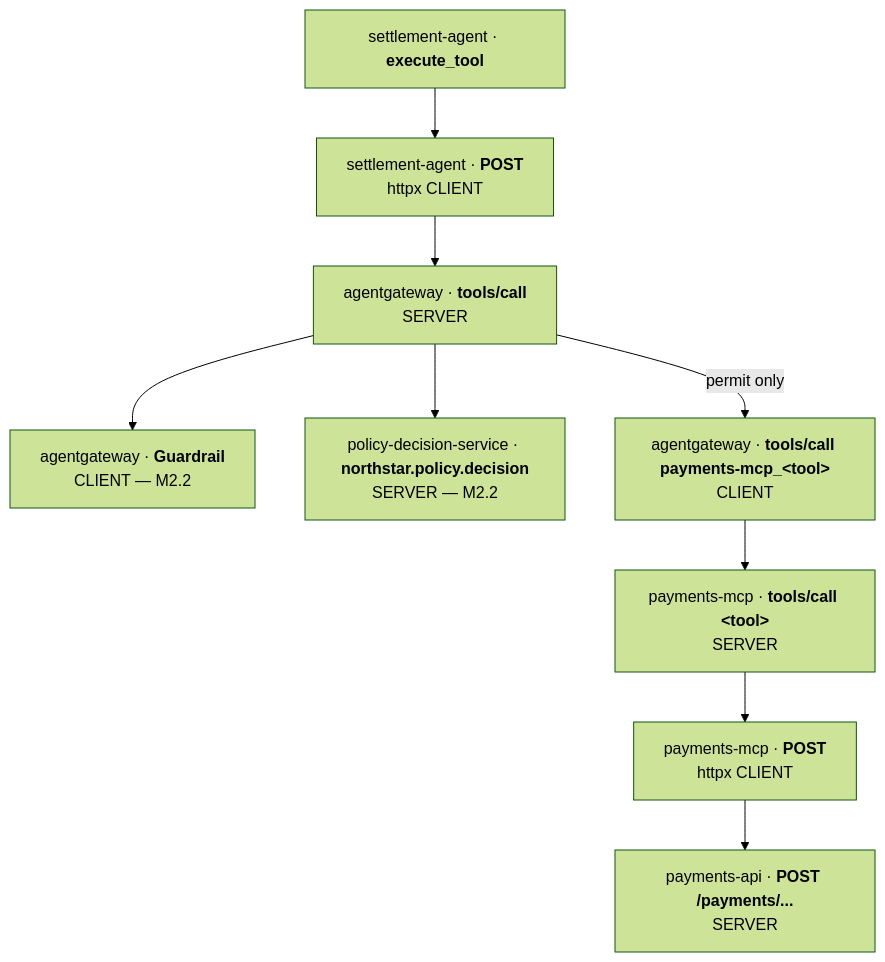
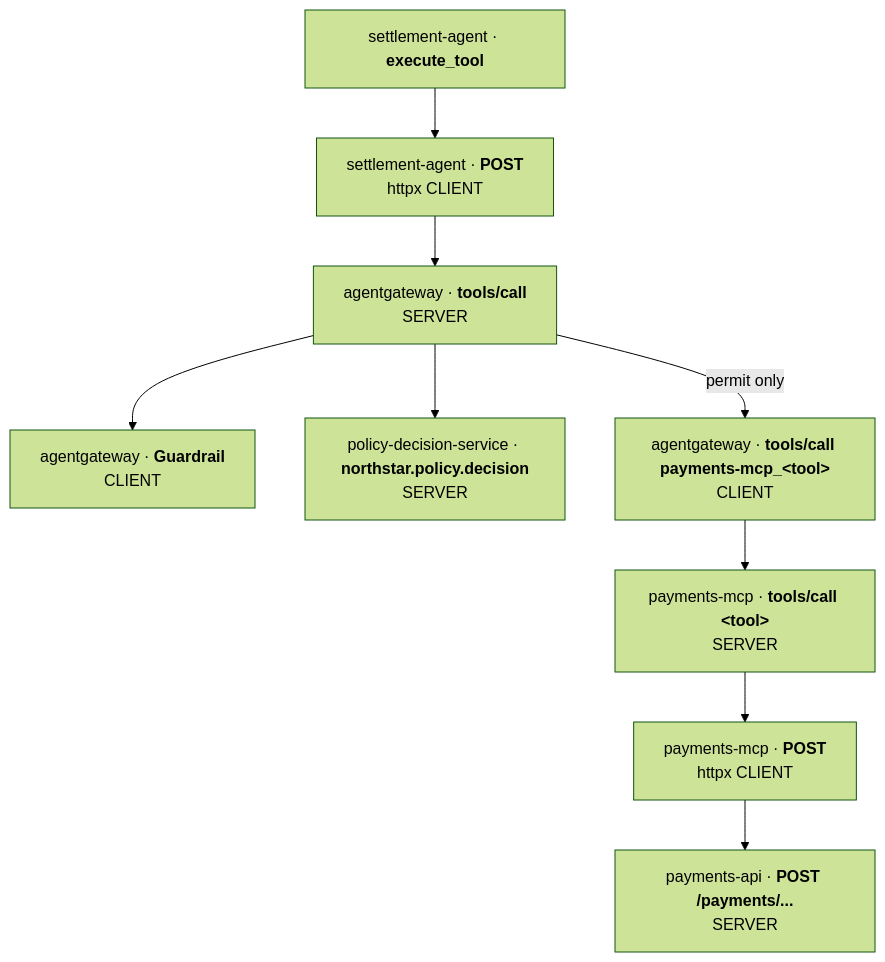
The fourth of 5 diagrams in docs/architecture.md (kaspernissen/aip-demo), drawn with Mermaid (forest theme) before and after one commit. The commit also changed other lines of this file, not shown here.

Commit message:
docs(architecture): rewrite as the current system: components, hops, policy, reach, identity, keystone, trace shape, limits

```diff
--- a/docs/architecture.md
+++ b/docs/architecture.md
@@ -948,26 +367,26 @@
 <pre class="mermaid">
 flowchart TD
     s1["`settlement-agent · **execute_tool**`"]
     s2["`settlement-agent · **POST**
       httpx CLIENT`"]
     s3["`agentgateway · **tools/call**
       SERVER`"]
     s4["`agentgateway · **Guardrail**
-      CLIENT — M2.2`"]
+      CLIENT`"]
     s5["`policy-decision-service · **northstar.policy.decision**
-      SERVER — M2.2`"]
+      SERVER`"]
     s6["`agentgateway · **tools/call payments-mcp_#60;tool#62;**
       CLIENT`"]
     s7["`payments-mcp · **tools/call #60;tool#62;**
       SERVER`"]
     s8["`payments-mcp · **POST**
       httpx CLIENT`"]
     s9["`payments-api · **POST /payments/...**
       SERVER`"]
 
     s1 --> s2 --> s3
     s3 --> s4
     s3 --> s5
     s3 -->|"permit only"| s6
     s6 --> s7 --> s8 --> s9
 </pre>
```
